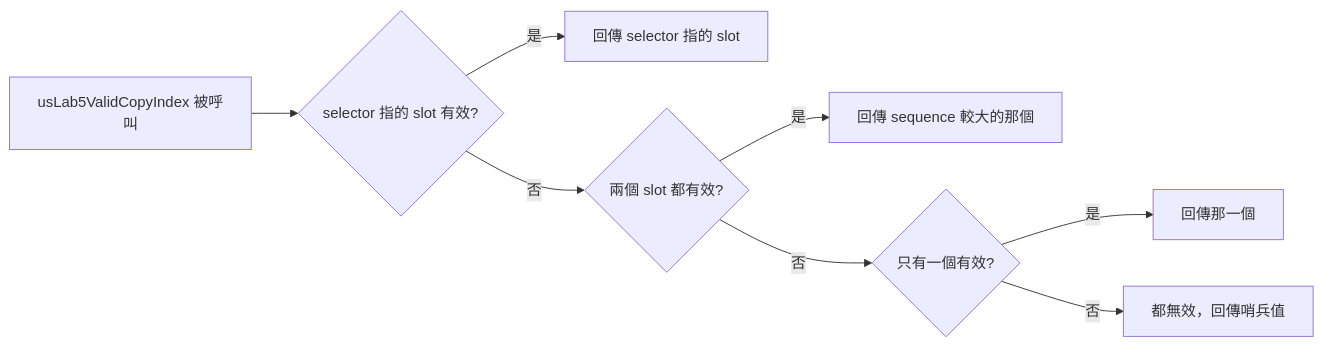
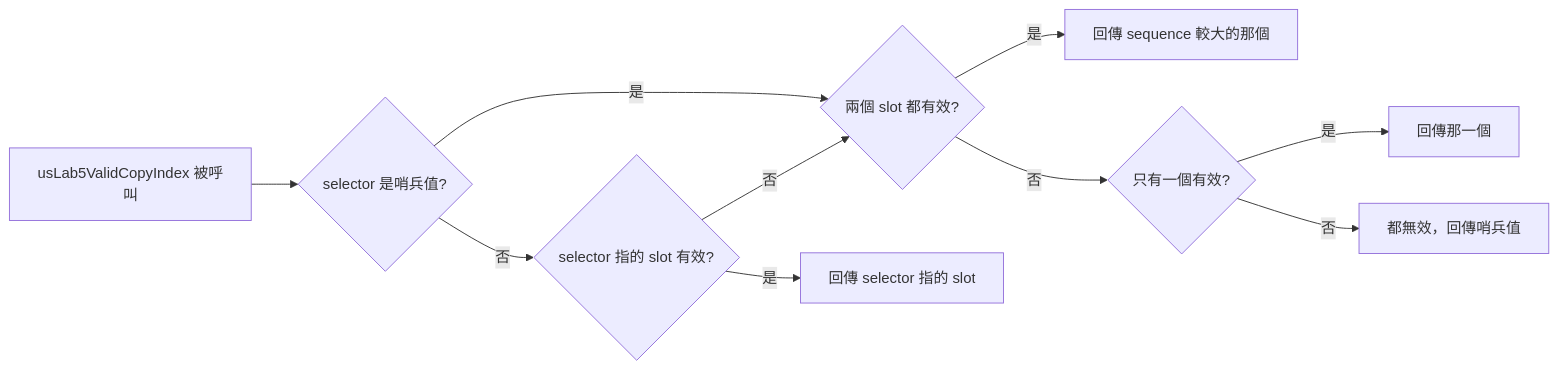
The second of 2 diagrams in lab5/lab5.md (Esther125/rtos-labs), drawn with Mermaid before and after one commit. The commit also changed other lines of this file, not shown here.

Commit message:
docs(lab5): clarify validity-check diagram and document register backup design

````diff
--- a/lab5/lab5.md
+++ b/lab5/lab5.md
@@ -96,10 +134,12 @@
     ```mermaid
     flowchart LR
-        A[usLab5ValidCopyIndex 被呼叫] --> B{selector 指的 slot 有效?}
-        B -- 是 --> C[回傳 selector 指的 slot]
-        B -- 否 --> D{兩個 slot 都有效?}
+        A[usLab5ValidCopyIndex 被呼叫] --> B{selector 是哨兵值?}
+        B -- 是 --> D{兩個 slot 都有效?}
+        B -- 否 --> C{selector 指的 slot 有效?}
+        C -- 是 --> R1[回傳 selector 指的 slot]
+        C -- 否 --> D
         D -- 是 --> E[回傳 sequence 較大的那個]
         D -- 否 --> F{只有一個有效?}
         F -- 是 --> G[回傳那一個]
         F -- 否 --> H[都無效，回傳哨兵值]
     ```
````
